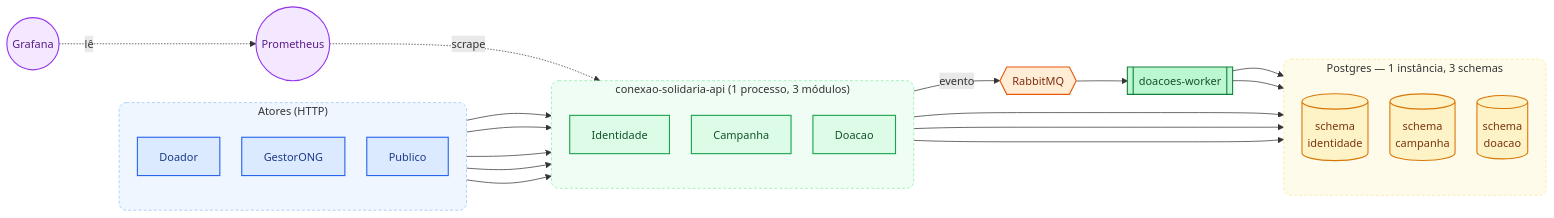
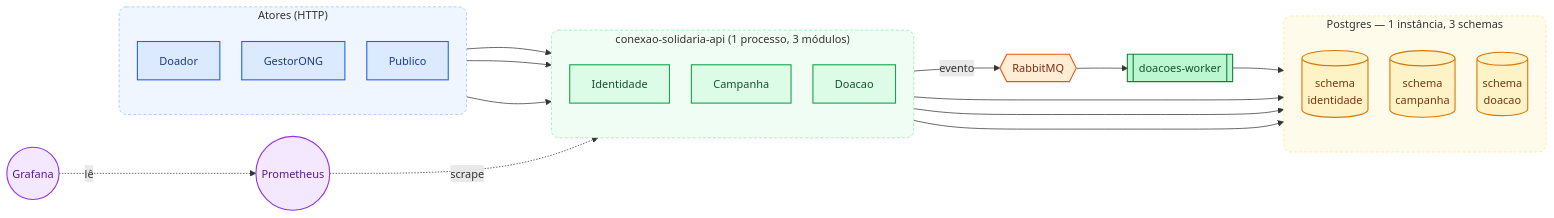
The diagram in docs/conexao-solidaria/ARQUITETURA.md (11NETTG30/FIAP-Conexao-Solidaria), drawn with Mermaid before and after one commit. The commit also changed other lines of this file and 3 other files, not shown here.

First line of the commit message:
docs: reduz número de setas do diagrama, não só os rótulos

````diff
--- a/docs/conexao-solidaria/ARQUITETURA.md
+++ b/docs/conexao-solidaria/ARQUITETURA.md
@@ -50,60 +50,57 @@
 ```mermaid
 %%{init: {"flowchart": {"htmlLabels": true, "curve": "basis", "nodeSpacing": 30, "rankSpacing": 70}, "themeVariables": {"fontFamily": "Helvetica, Arial, sans-serif", "fontSize": "15px"}} }%%
 flowchart LR
   subgraph Atores["Atores (HTTP)"]
     direction TB
     Doador
     GestorONG[GestorONG]
     Publico[Publico]
   end
 
   subgraph API["conexao-solidaria-api (1 processo, 3 módulos)"]
     direction TB
     Identidade[Identidade]
     Campanha[Campanha]
     Doacao[Doacao]
   end
 
   subgraph DB["Postgres — 1 instância, 3 schemas"]
     direction TB
     SchemaIdentidade[("schema<br/>identidade")]
     SchemaCampanha[("schema<br/>campanha")]
     SchemaDoacao[("schema<br/>doacao")]
   end
 
-  Doador --> Identidade
-  GestorONG --> Identidade
-  GestorONG --> Campanha
-  Publico --> Campanha
-  Doador --> Doacao
+  Atores --> Identidade
+  Atores --> Campanha
+  Atores --> Doacao
 
   Identidade --> SchemaIdentidade
   Campanha --> SchemaCampanha
   Doacao --> SchemaDoacao
 
   Doacao -->|evento| Fila{{RabbitMQ}}
   Fila --> Worker[["doacoes-worker"]]
-  Worker --> SchemaDoacao
-  Worker --> SchemaCampanha
+  Worker --> DB
 
   Prometheus((Prometheus)) -.->|scrape| API
   Grafana((Grafana)) -.->|lê| Prometheus
 
   classDef ator fill:#dbeafe,stroke:#2563eb,stroke-width:1.5px,color:#1e3a8a
   classDef modulo fill:#dcfce7,stroke:#16a34a,stroke-width:1.5px,color:#14532d
   classDef worker fill:#bbf7d0,stroke:#15803d,stroke-width:1.5px,color:#14532d
   classDef fila fill:#ffedd5,stroke:#ea580c,stroke-width:1.5px,color:#7c2d12
   classDef dados fill:#fef3c7,stroke:#d97706,stroke-width:1.5px,color:#78350f
   classDef obs fill:#f3e8ff,stroke:#9333ea,stroke-width:1.5px,color:#581c87
 
   class Doador,GestorONG,Publico ator
   class Identidade,Campanha,Doacao modulo
   class Worker worker
   class Fila fila
   class SchemaIdentidade,SchemaCampanha,SchemaDoacao dados
   class Prometheus,Grafana obs
 
   style Atores fill:#eff6ff,stroke:#93c5fd,stroke-width:1px,stroke-dasharray: 4 3,rx:10,ry:10
   style API fill:#f0fdf4,stroke:#86efac,stroke-width:1px,stroke-dasharray: 4 3,rx:10,ry:10
   style DB fill:#fffbeb,stroke:#fde68a,stroke-width:1px,stroke-dasharray: 4 3,rx:10,ry:10
 ```
````
